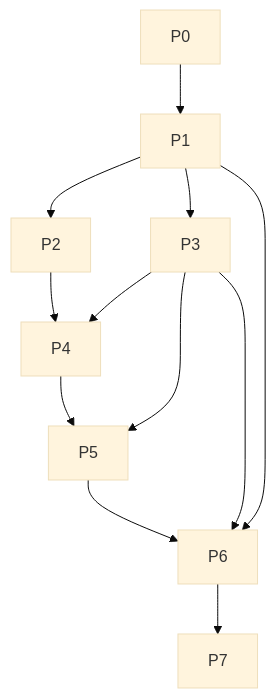
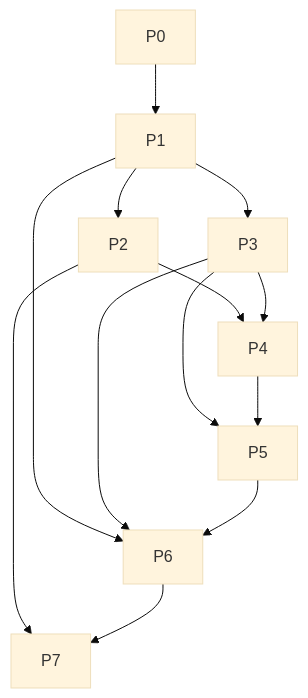
Before and after one commit to yeonsu0224/lol-team-gab: the diagram in documents/tasks.md, drawn with Mermaid (base theme). The commit also changed other lines of this file and 159 other files, not shown here.

First line of the commit message:
Complete v2.1 cycle: Riot/Gemini APIs through finish flow

````diff
--- a/documents/tasks.md
+++ b/documents/tasks.md
@@ -901,14 +959,15 @@
 ```mermaid
 flowchart TD
   P0 --> P1
   P1 --> P2
   P1 --> P3
   P2 --> P4
   P3 --> P4
   P3 --> P5
   P4 --> P5
   P1 --> P6
   P3 --> P6
   P5 --> P6
+  P2 --> P7
   P6 --> P7
 ```
````
